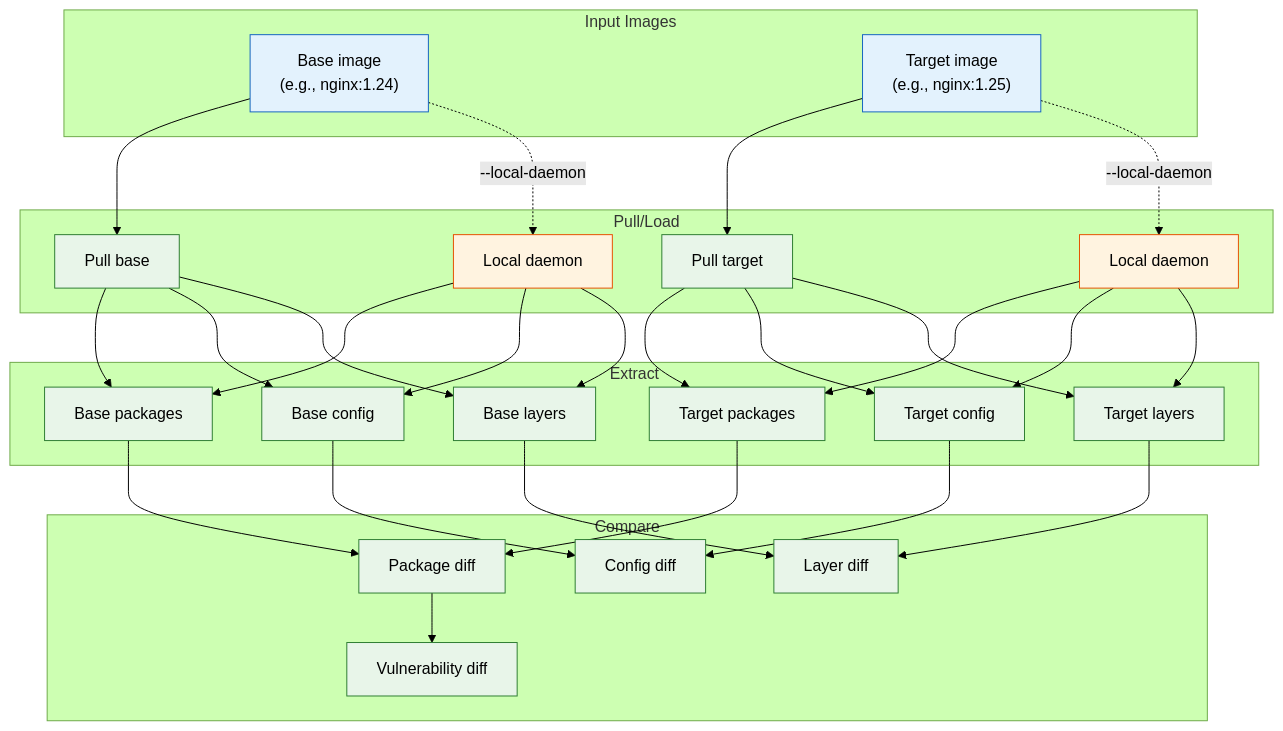
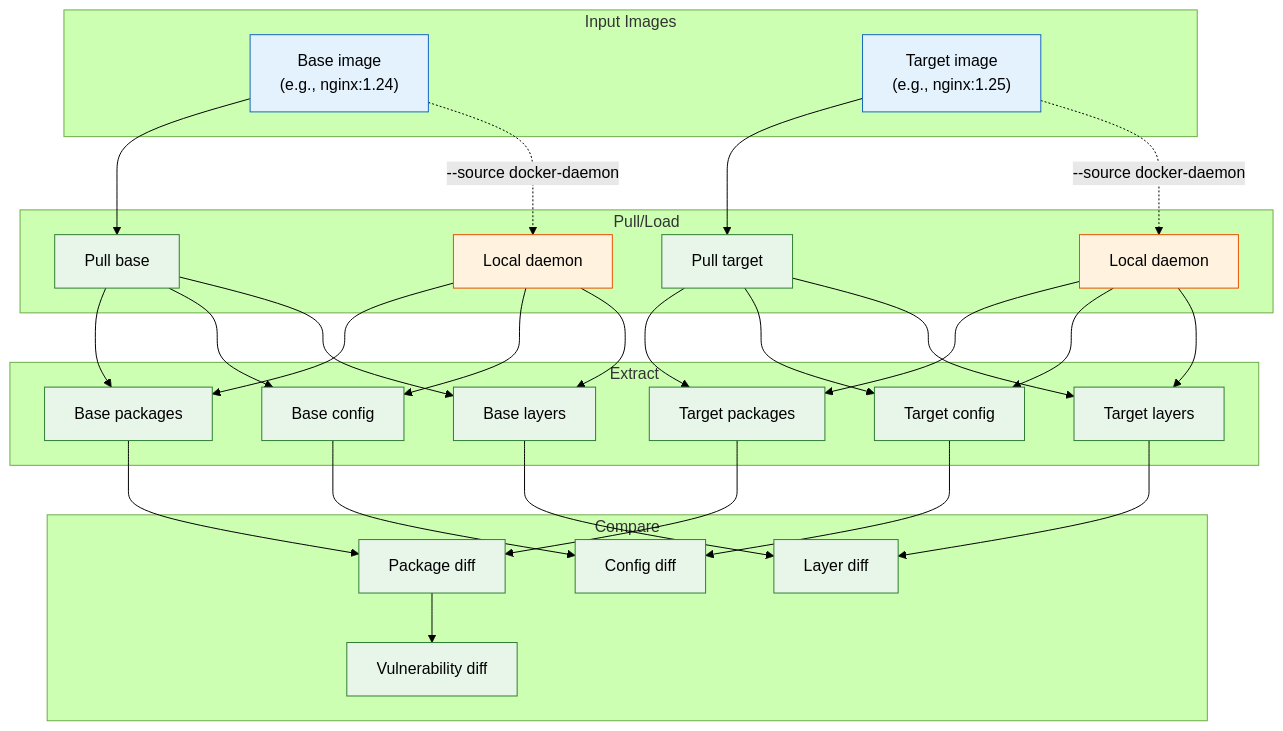
The first of 3 diagrams in docs/commands/diff.md (temporalio/deputy), drawn with Mermaid (forest theme) before and after one commit. The commit also changed other lines of this file and 542 other files, not shown here.

````diff
--- a/docs/commands/diff.md
+++ b/docs/commands/diff.md
@@ -43,48 +43,48 @@
 ```mermaid
 flowchart TB
     subgraph Input["Input Images"]
         Base["Base image<br/>(e.g., nginx:1.24)"]
         Target["Target image<br/>(e.g., nginx:1.25)"]
     end
 
     subgraph Pull["Pull/Load"]
         PullBase["Pull base"]
         PullTarget["Pull target"]
         LocalBase["Local daemon"]
         LocalTarget["Local daemon"]
     end
 
     subgraph Extract["Extract"]
         BaseInv["Base packages"]
         TargetInv["Target packages"]
         BaseConfig["Base config"]
         TargetConfig["Target config"]
         BaseLayers["Base layers"]
         TargetLayers["Target layers"]
     end
 
     subgraph Compare["Compare"]
         PkgDiff["Package diff"]
         VulnDiff["Vulnerability diff"]
         ConfigDiff["Config diff"]
         LayerDiff["Layer diff"]
     end
 
     Base --> PullBase --> BaseInv & BaseConfig & BaseLayers
     Target --> PullTarget --> TargetInv & TargetConfig & TargetLayers
-    Base -.->|"--local-daemon"| LocalBase --> BaseInv & BaseConfig & BaseLayers
-    Target -.->|"--local-daemon"| LocalTarget --> TargetInv & TargetConfig & TargetLayers
+    Base -.->|"--source docker-daemon"| LocalBase --> BaseInv & BaseConfig & BaseLayers
+    Target -.->|"--source docker-daemon"| LocalTarget --> TargetInv & TargetConfig & TargetLayers
 
     BaseInv & TargetInv --> PkgDiff
     PkgDiff --> VulnDiff
     BaseConfig & TargetConfig --> ConfigDiff
     BaseLayers & TargetLayers --> LayerDiff
 
     classDef source fill:#e3f2fd,stroke:#1565c0
     classDef process fill:#e8f5e9,stroke:#2e7d32
     classDef local fill:#fff3e0,stroke:#e65100
 
     class Base,Target source
     class PullBase,PullTarget,BaseInv,TargetInv,BaseConfig,TargetConfig,BaseLayers,TargetLayers,PkgDiff,VulnDiff,ConfigDiff,LayerDiff process
     class LocalBase,LocalTarget local
 ```
````
